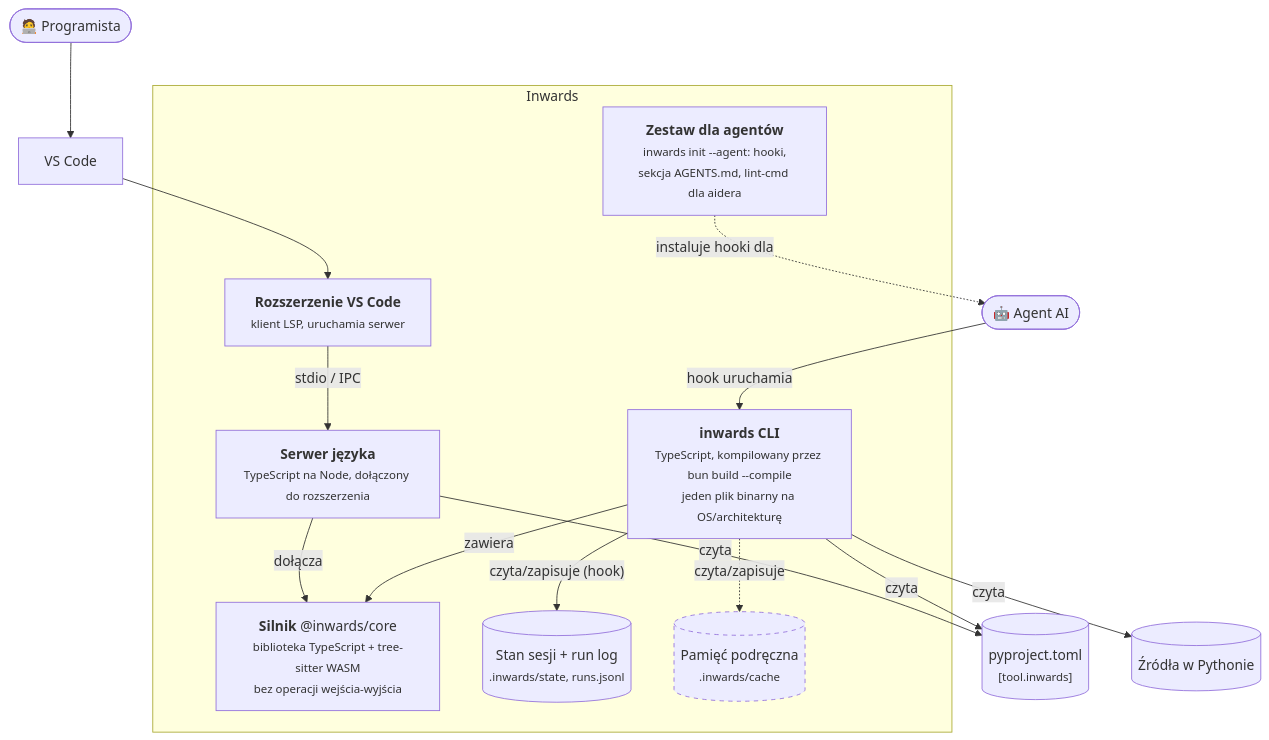
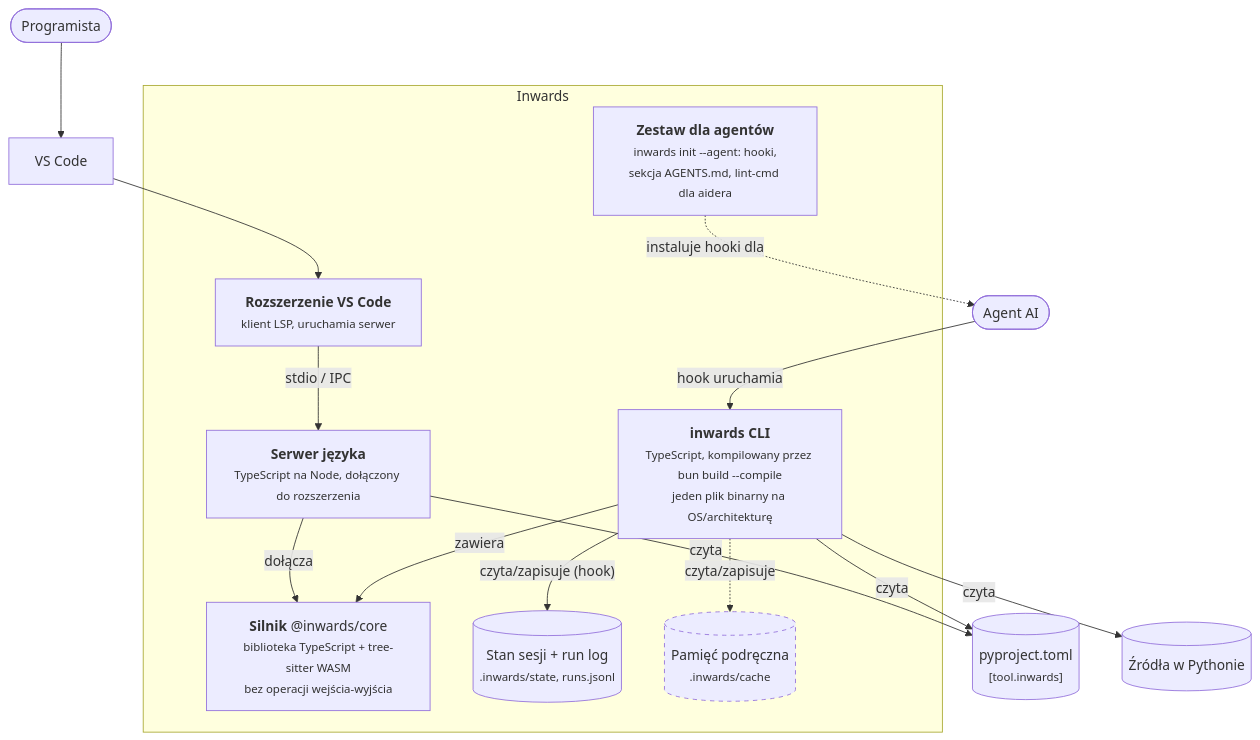
One commit to SirCypkowskyy/inwards changed the second of 6 diagrams in docs/pl/03-Architecture-C4.md. Above: the diagram before and after it, drawn with Mermaid. The commit also changed other lines of this file and 34 other files, not shown here.

````diff
--- a/docs/pl/03-Architecture-C4.md
+++ b/docs/pl/03-Architecture-C4.md
@@ -51,33 +51,33 @@
 ```mermaid
 flowchart TB
-    agent(["🤖 Agent AI"])
-    dev(["🧑‍💻 Programista"])
+    agent(["Agent AI"])
+    dev(["Programista"])
 
     subgraph dist["Inwards"]
         cli["<b>inwards CLI</b><br/><small>TypeScript, kompilowany przez bun build --compile<br/>jeden plik binarny na OS/architekturę</small>"]
         lsp["<b>Serwer języka</b><br/><small>TypeScript na Node, dołączony do rozszerzenia</small>"]
         ext["<b>Rozszerzenie VS Code</b><br/><small>klient LSP, uruchamia serwer</small>"]
         core["<b>Silnik</b> @inwards/core<br/><small>biblioteka TypeScript + tree-sitter WASM<br/>bez operacji wejścia-wyjścia</small>"]
         hooks["<b>Zestaw dla agentów</b><br/><small>inwards init --agent: hooki,<br/>sekcja AGENTS.md, lint-cmd dla aidera</small>"]
         state[("Stan sesji + run log<br/><small>.inwards/state, runs.jsonl</small>")]
         cache[("Pamięć podręczna<br/><small>.inwards/cache</small>")]
     end
 
     config[("pyproject.toml<br/><small>[tool.inwards]</small>")]
     src[("Źródła w Pythonie")]
     vscode["VS Code"]
 
     agent -- "hook uruchamia" --> cli
     hooks -. "instaluje hooki dla" .-> agent
     dev --> vscode --> ext -- "stdio / IPC" --> lsp
     cli -- "zawiera" --> core
     lsp -- "dołącza" --> core
     cli -- "czyta" --> config
     cli -- "czyta" --> src
     lsp -- "czyta" --> config
     cli -- "czyta/zapisuje (hook)" --> state
     cli -. "czyta/zapisuje" .-> cache
 
     classDef planned stroke-dasharray:5 5
     class cache planned
 ```
````
